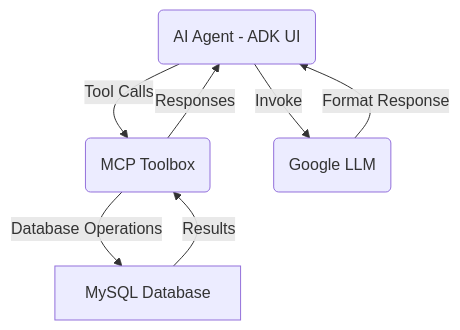
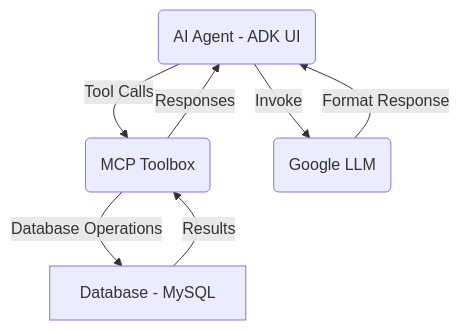
The diagram in README.md (sarankumar2002/ai-agent-with-mcp), drawn with Mermaid before and after one commit.

````diff
--- a/README.md
+++ b/README.md
@@ -7,10 +7,11 @@
 ```mermaid
+%%{config: {look: handDrawn}}%%
 graph TD;
     A(AI Agent - ADK UI) -->|Tool Calls| B(MCP Toolbox)
     A --> |Invoke| X(Google LLM)
-    B -->|Database Operations| C[MySQL Database]
+    B -->|Database Operations| C[Database - MySQL]
     C -->|Results| B
     B -->|Responses| A
     X --> |Format Response| A
 
 ```
````
